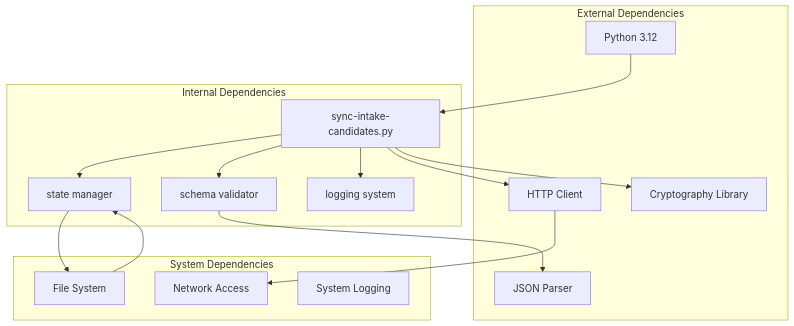
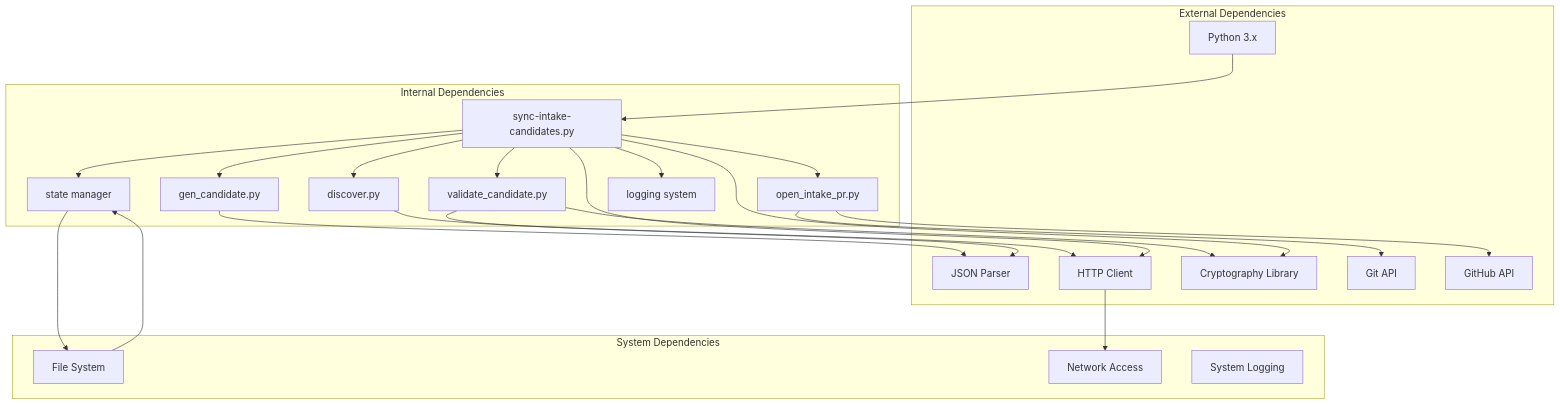
The fifth of 5 diagrams in .qoder/repowiki/en/content/Registry Operations/Intake Candidates.md (tonythethompson/numan-registry), drawn with Mermaid before and after one commit. The commit also changed other lines of this file and 37 other files, not shown here.

Commit message:
Add CLAUDE.md, expand backlog schema, update docs

````diff
--- a/.qoder/repowiki/en/content/Registry Operations/Intake Candidates.md
+++ b/.qoder/repowiki/en/content/Registry Operations/Intake Candidates.md
@@ -258,32 +379,43 @@
 ```mermaid
-
 graph TB
 subgraph "External Dependencies"
-PYTHON[Python 3.12]
+PYTHON[Python 3.x]
 JSON[JSON Parser]
 HTTP[HTTP Client]
 CRYPTO[Cryptography Library]
+GIT[Git API]
+GITHUB[GitHub API]
 end
 subgraph "Internal Dependencies"
 SYNC[sync-intake-candidates.py]
+DISCOVER[discover.py]
+GENERATOR[gen_candidate.py]
+VALIDATOR[validate_candidate.py]
+PRCREATOR[open_intake_pr.py]
 STATE[state manager]
-VALIDATOR[schema validator]
 LOGGER[logging system]
 end
 subgraph "System Dependencies"
 FILESYS[File System]
 NETWORK[Network Access]
 LOGGING[System Logging]
 end
+SYNC --> DISCOVER
+SYNC --> GENERATOR
+SYNC --> VALIDATOR
+SYNC --> PRCREATOR
 SYNC --> STATE
-SYNC --> VALIDATOR
 SYNC --> LOGGER
+DISCOVER --> HTTP
+GENERATOR --> JSON
+VALIDATOR --> CRYPTO
+PRCREATOR --> GIT
+PRCREATOR --> GITHUB
 STATE --> FILESYS
 VALIDATOR --> JSON
 SYNC --> HTTP
 SYNC --> CRYPTO
 PYTHON --> SYNC
 HTTP --> NETWORK
 FILESYS --> STATE
-
 ```
````
